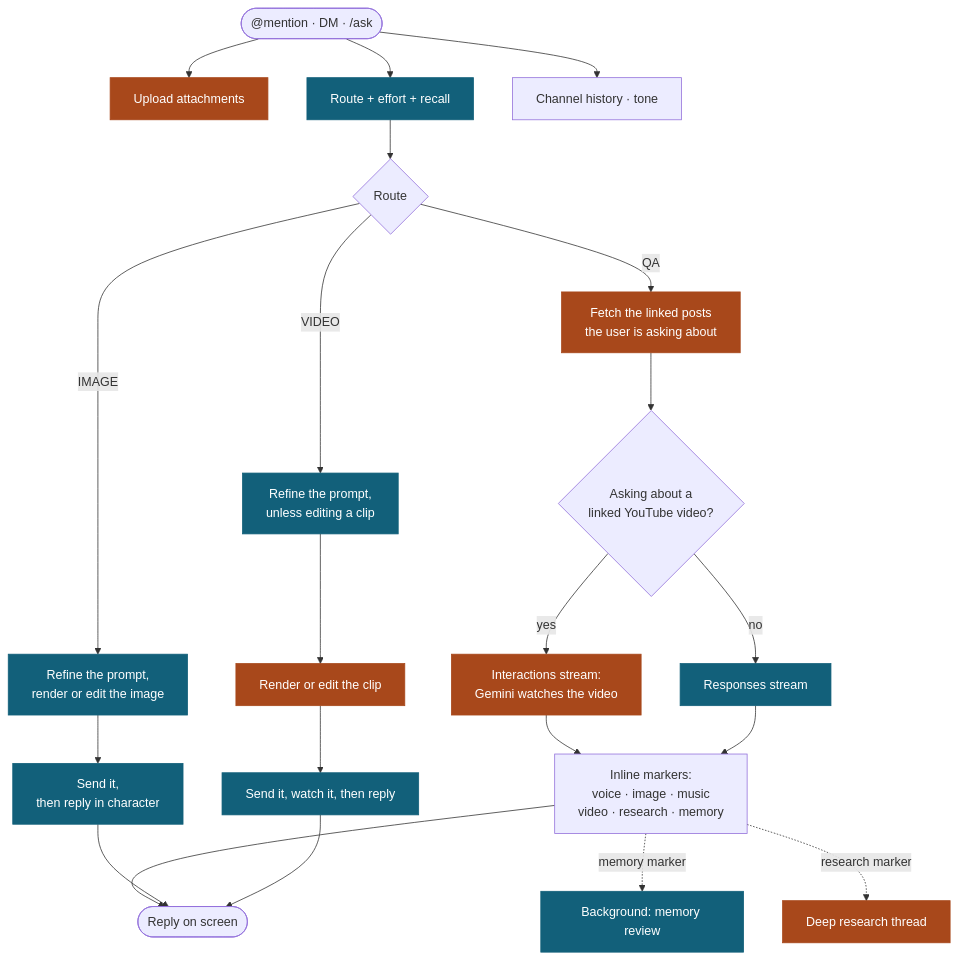
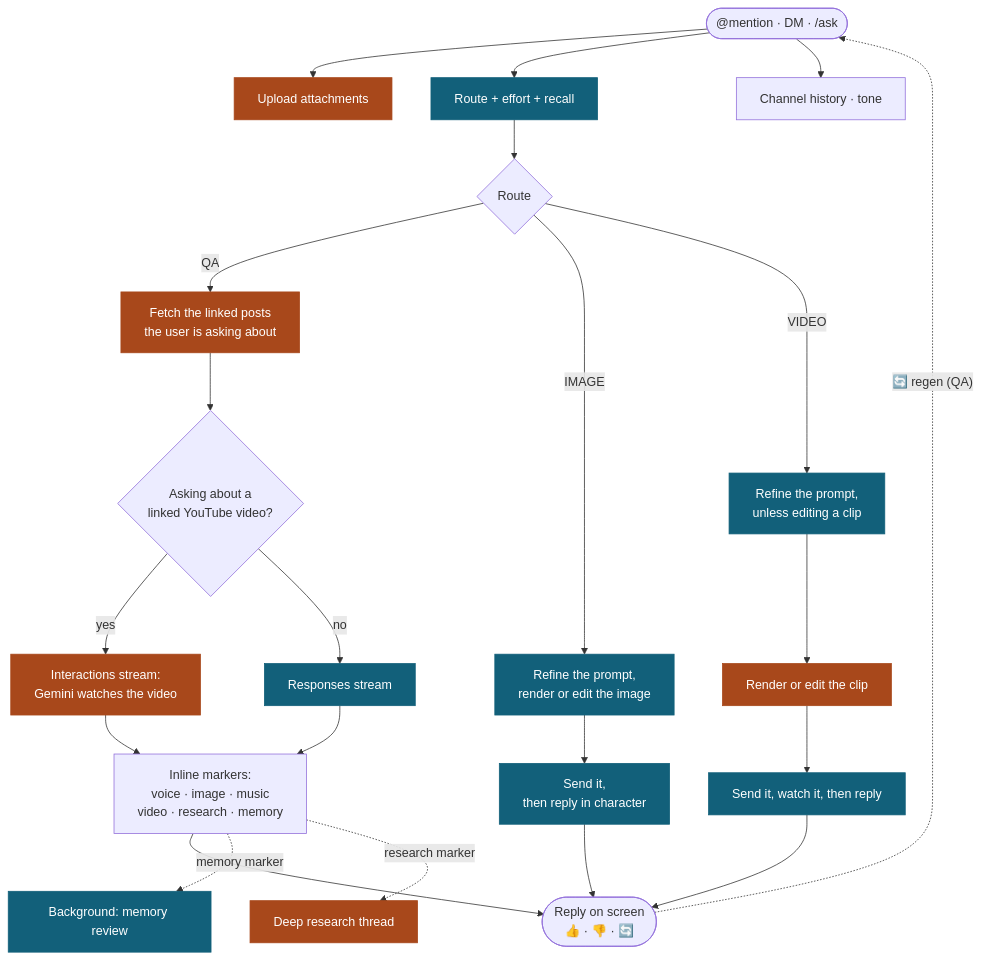
The diagram in README.md (Mai0313/discordbot), drawn with Mermaid before and after one commit. The commit also changed other lines of this file and 4 other files, not shown here.

Commit message:
docs: document reply feedback, blind test, and regeneration flow

````diff
--- a/README.md
+++ b/README.md
@@ -29,31 +29,32 @@
 ```mermaid
 flowchart TD
     U(["@mention · DM · /ask"]) --> UP & RT & CX
 
     UP["Upload attachments"]
     RT["Route + effort + recall"]
     CX["Channel history · tone"]
 
     RT --> R{"Route"}
 
     R -->|QA| LF["Fetch the linked posts<br/>the user is asking about"]
     LF --> Y{"Asking about a<br/>linked YouTube video?"}
     Y -->|yes| YT["Interactions stream:<br/>Gemini watches the video"]
     Y -->|no| QS["Responses stream"]
     YT & QS --> Q2["Inline markers:<br/>voice · image · music<br/>video · research · memory"]
 
     R -->|IMAGE| I1["Refine the prompt,<br/>render or edit the image"]
     I1 --> I2["Send it,<br/>then reply in character"]
     R -->|VIDEO| V1["Refine the prompt,<br/>unless editing a clip"]
     V1 --> V2["Render or edit the clip"]
     V2 --> V3["Send it, watch it, then reply"]
 
-    Q2 & I2 & V3 --> OUT(["Reply on screen"])
+    Q2 & I2 & V3 --> OUT(["Reply on screen<br/>👍 · 👎 · 🔄"])
     Q2 -.->|"memory marker"| MM["Background: memory review"]
     Q2 -.->|"research marker"| DR["Deep research thread"]
+    OUT -.->|"🔄 regen (QA)"| U
 
     classDef proxy fill:#12607a,stroke:#12607a,color:#ffffff
     classDef direct fill:#a8481b,stroke:#a8481b,color:#ffffff
     class RT,QS,I1,I2,V1,V3,MM proxy
     class UP,LF,YT,V2,DR direct
 ```
````
